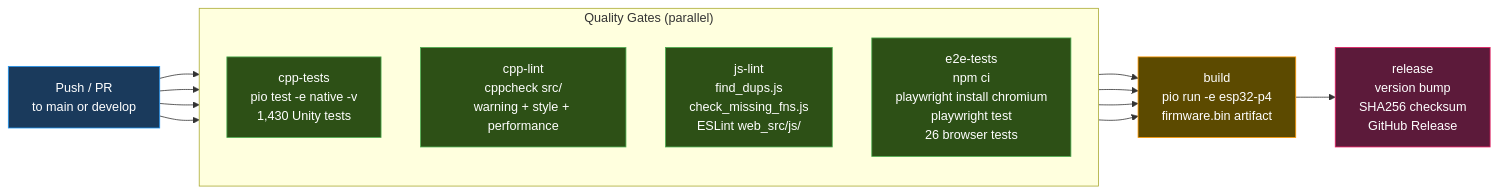
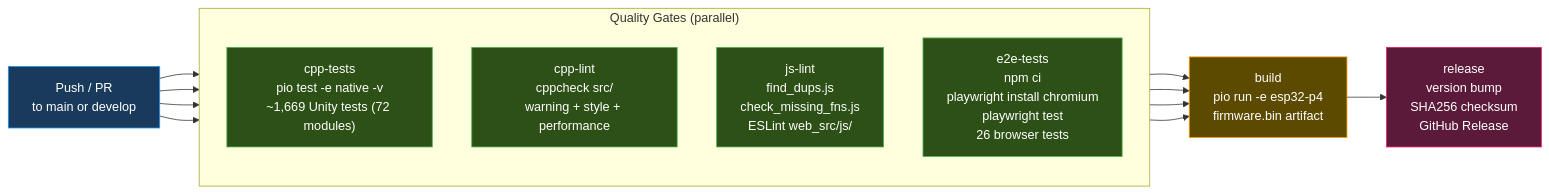
The diagram in docs-internal/architecture/ci-quality-gates.mmd (Schmackos/ALX_Nova_Controller_2), drawn with Mermaid before and after one commit. The commit also changed 14 other files, not shown here.

First line of the commit message:
docs: fix legacy device references across Docusaurus site and architecture diagrams (#45)

```diff
--- a/docs-internal/architecture/ci-quality-gates.mmd
+++ b/docs-internal/architecture/ci-quality-gates.mmd
@@ -1,39 +1,39 @@
 %% ALX Nova Controller 2 — CI/CD Quality Gates
 %% All 4 gates run in parallel; build is gated on all passing
 
 graph LR
     classDef trigger fill:#1a3a5c,stroke:#2196F3,color:#fff
     classDef gate fill:#2d5016,stroke:#4CAF50,color:#fff
     classDef build fill:#5c4a00,stroke:#FF9800,color:#fff
     classDef release fill:#5c1a3a,stroke:#E91E63,color:#fff
 
     PUSH["Push / PR\nto main or develop"]
 
     subgraph Gates["Quality Gates (parallel)"]
         direction TB
-        CPP["cpp-tests\npio test -e native -v\n1,430 Unity tests"]
+        CPP["cpp-tests\npio test -e native -v\n~1,669 Unity tests (72 modules)"]
         CPPL["cpp-lint\ncppcheck src/\nwarning + style + performance"]
         JSL["js-lint\nfind_dups.js\ncheck_missing_fns.js\nESLint web_src/js/"]
         E2E["e2e-tests\nnpm ci\nplaywright install chromium\nplaywright test\n26 browser tests"]
     end
 
     BUILD["build\npio run -e esp32-p4\nfirmware.bin artifact"]
 
     REL["release\nversion bump\nSHA256 checksum\nGitHub Release"]
 
     PUSH --> CPP
     PUSH --> CPPL
     PUSH --> JSL
     PUSH --> E2E
 
     CPP --> BUILD
     CPPL --> BUILD
     JSL --> BUILD
     E2E --> BUILD
 
     BUILD --> REL
 
     class PUSH trigger
     class CPP,CPPL,JSL,E2E gate
     class BUILD build
     class REL release
```
